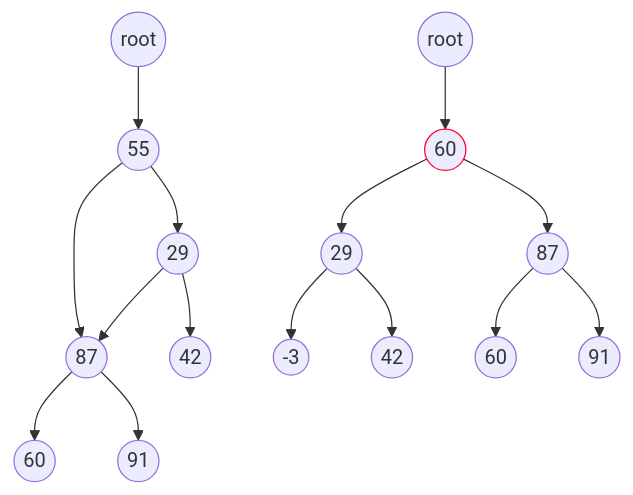
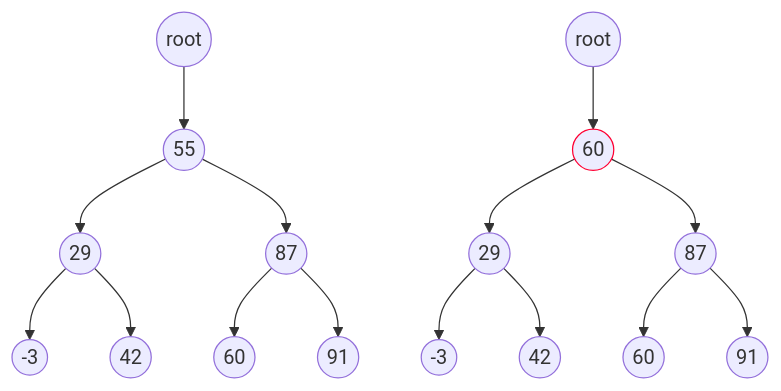
Diagram 13 of 13 in lecture-notes/w07.md (jayshozie/ceng301), drawn with Mermaid before and after one commit.

Commit message:
nrt, mermaid

````diff
--- a/lecture-notes/w07.md
+++ b/lecture-notes/w07.md
@@ -836,24 +836,24 @@
 ```mermaid
 graph TB
 
 ROOT1((root)) --> A1((55))
 
 A1 --> B1((29))
-B1 --> C1(("-3"))
-B1 --> D1((42))
+B1 --> D1(("-3"))
+B1 --> E1((42))
 
 A1 --> C1((87))
-C1 --> E1((60))
-C1 --> F1((91))
+C1 --> F1((60))
+C1 --> G1((91))
 
 classDef red stroke:#f03
 ROOT2((root)) --> A2((60)):::red
 
 A2 --> B2((29))
 B2 --> D2(("-3"))
 B2 --> E2((42))
 
 A2 --> C2((87))
 C2 --> F2((60))
 C2 --> G2((91))
 ```
````
